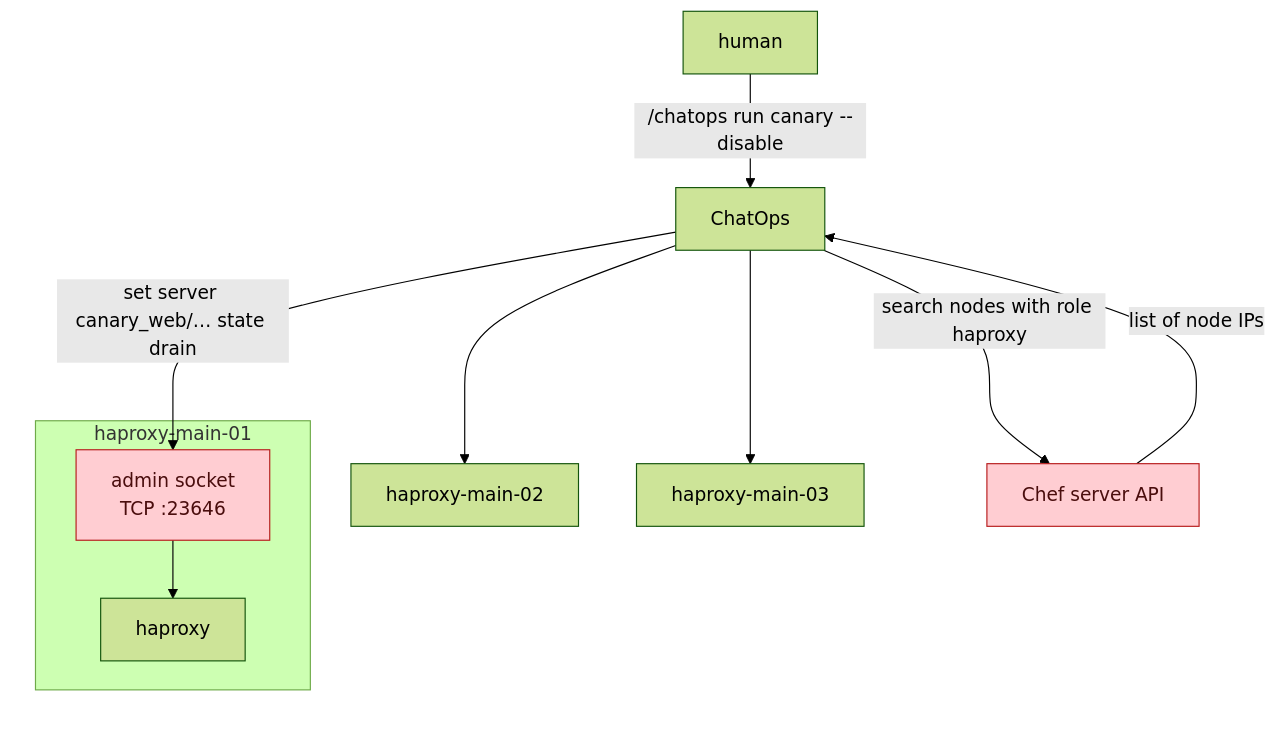
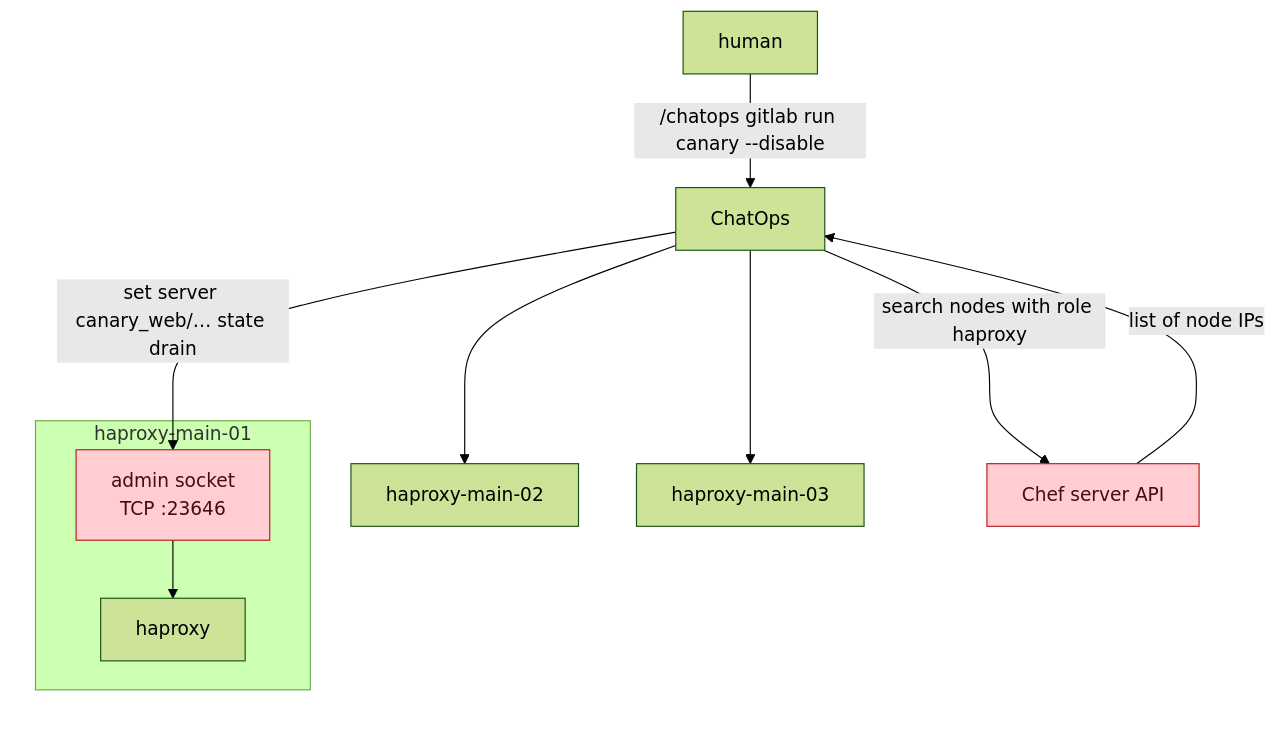
Before and after one commit to kyama0/gitlab-handbook-ja: the first of 2 diagrams in content/handbook/engineering/architecture/design-documents/haproxy_control_plane/_index.md, drawn with Mermaid (forest theme). The commit also changed other lines of this file and 51 other files, not shown here.

````diff
--- a/content/handbook/engineering/architecture/design-documents/haproxy_control_plane/_index.md
+++ b/content/handbook/engineering/architecture/design-documents/haproxy_control_plane/_index.md
@@ -189,22 +189,22 @@
 ```mermaid
 graph TB
-    rm["human"] -->|"/chatops run canary --disable"| chatops["ChatOps"]
+    rm["human"] -->|"/chatops gitlab run canary --disable"| chatops["ChatOps"]
     chatops -->|"search nodes with role haproxy"| chef["Chef server API"]
     chef -->|"list of node IPs"| chatops
 
     subgraph fleet[" "]
         subgraph lb01["haproxy-main-01"]
             sock1["admin socket<br/>TCP :23646"] --> hap1["haproxy"]
         end
         lb02["haproxy-main-02"]
         lb03["haproxy-main-03"]
     end
 
     chatops -->|"set server canary_web/… state drain"| sock1
     chatops --> lb02
     chatops --> lb03
 
     style fleet fill:none,stroke:none
     classDef old fill:#ffcdd2,stroke:#b71c1c,color:#4a0d0d
     class chef,sock1 old
 ```
````
